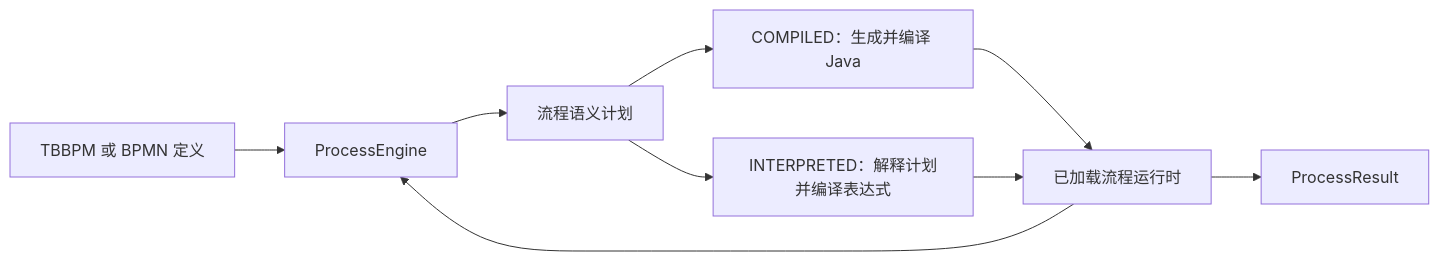
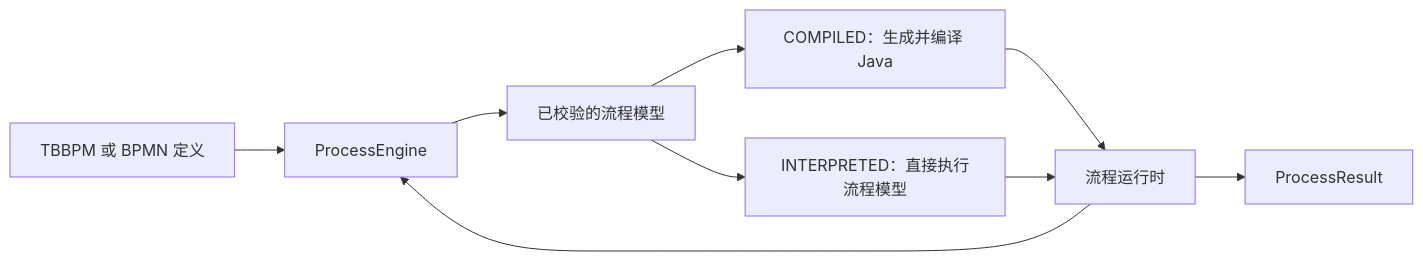
Before and after one commit to alibaba/compileflow: the diagram in README_CN.md, drawn with Mermaid. The commit also changed other lines of this file and 103 other files, not shown here.

````diff
--- a/README_CN.md
+++ b/README_CN.md
@@ -115,16 +119,16 @@
 ```mermaid
 flowchart LR
     definition["TBBPM 或 BPMN 定义"]
     engine["ProcessEngine"]
-    semantic["流程语义计划"]
+    semantic["已校验的流程模型"]
     compile["COMPILED：生成并编译 Java"]
-    interpret["INTERPRETED：解释计划并编译表达式"]
-    runtime["已加载流程运行时"]
+    interpret["INTERPRETED：直接执行流程模型"]
+    runtime["流程运行时"]
     result["ProcessResult"]
 
     definition --> engine --> semantic
     semantic --> compile --> runtime
     semantic --> interpret --> runtime
     runtime --> result
     runtime --> engine
 ```
````
